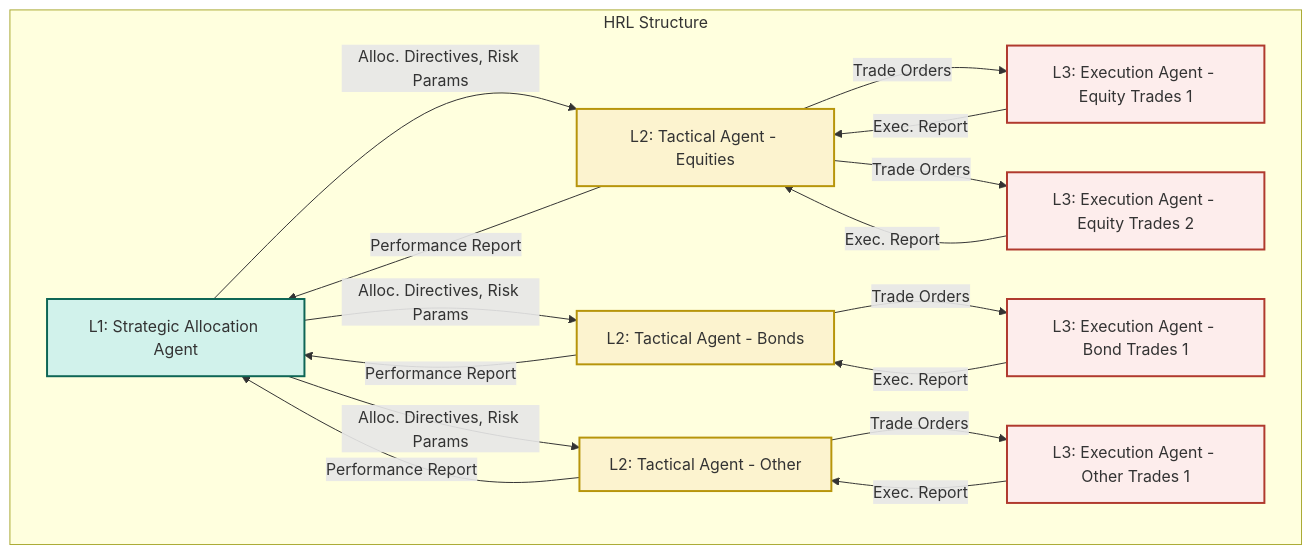
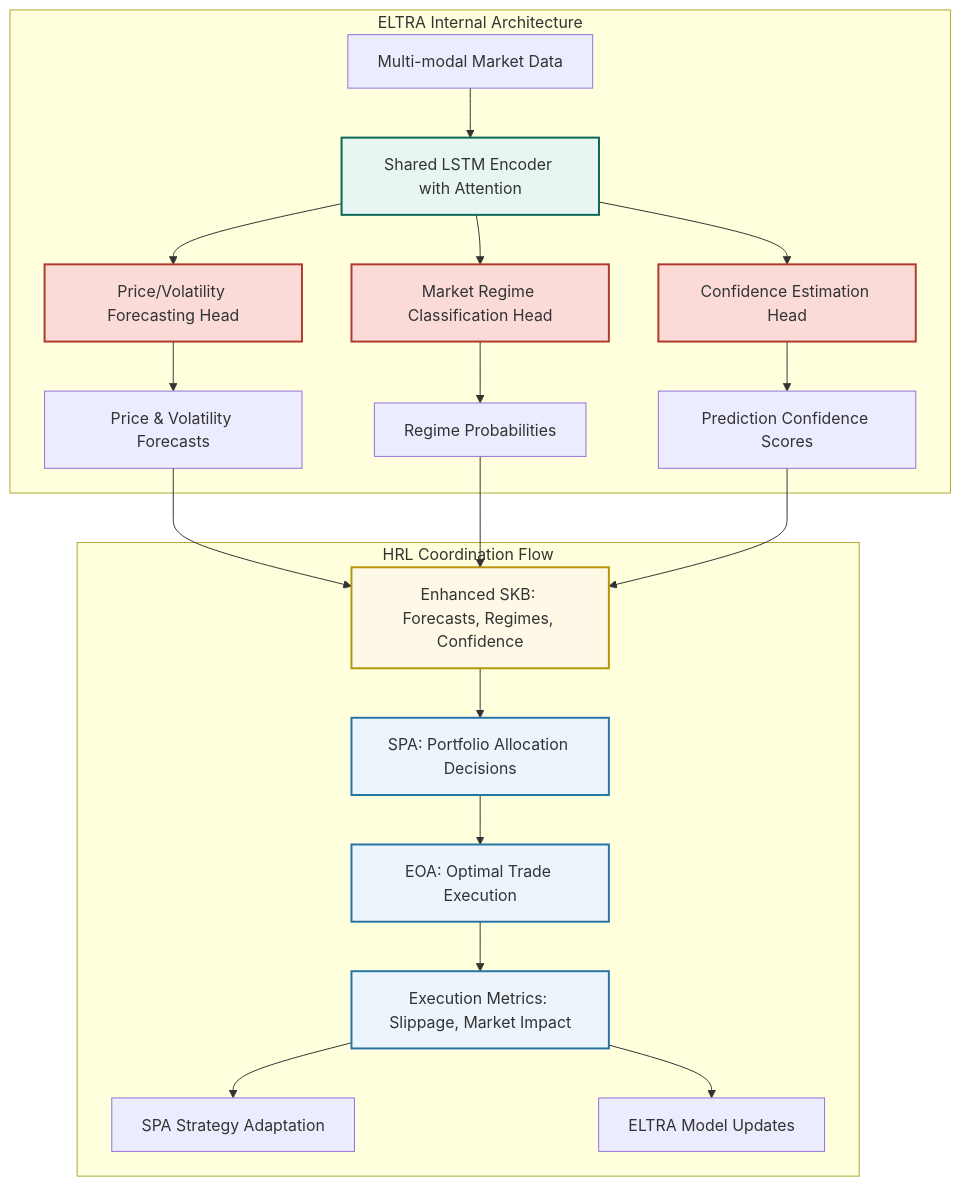
Before and after one commit to blackms/AlphaPulse: the second of 2 diagrams in paper.md, drawn with Mermaid. The commit also changed other lines of this file and 13 other files, not shown here.

First line of the commit message:
feat: comprehensive empirical validation and architecture simplification

````diff
--- a/paper.md
+++ b/paper.md
@@ -196,29 +156,35 @@
 ```mermaid
 graph TD
-    subgraph HRL Structure
-        SAA[L1: Strategic Allocation Agent]
-        -->|Alloc. Directives, Risk Params| TAA1[L2: Tactical Agent - Equities]
-        SAA -->|Alloc. Directives, Risk Params| TAA2[L2: Tactical Agent - Bonds]
-        SAA -->|Alloc. Directives, Risk Params| TAAn[L2: Tactical Agent - Other]
-
-        TAA1 -->|Trade Orders| EMA1_1[L3: Execution Agent - Equity Trades 1]
-        TAA1 -->|Trade Orders| EMA1_2[L3: Execution Agent - Equity Trades 2]
-        TAA2 -->|Trade Orders| EMA2_1[L3: Execution Agent - Bond Trades 1]
-        TAAn -->|Trade Orders| EMAn_1[L3: Execution Agent - Other Trades 1]
-
-        EMA1_1 -->|Exec. Report| TAA1
-        EMA1_2 -->|Exec. Report| TAA1
-        EMA2_1 -->|Exec. Report| TAA2
-        EMAn_1 -->|Exec. Report| TAAn
-
-        TAA1 -->|Performance Report| SAA
-        TAA2 -->|Performance Report| SAA
-        TAAn -->|Performance Report| SAA
+    subgraph ELTRA Internal Architecture
+        Input[Multi-modal Market Data] --> SharedEncoder[Shared LSTM Encoder with Attention]
+        SharedEncoder --> ForecastHead[Price/Volatility Forecasting Head]
+        SharedEncoder --> RegimeHead[Market Regime Classification Head]
+        SharedEncoder --> ConfidenceHead[Confidence Estimation Head]
+        
+        ForecastHead --> Output1[Price & Volatility Forecasts]
+        RegimeHead --> Output2[Regime Probabilities]
+        ConfidenceHead --> Output3[Prediction Confidence Scores]
     end
 
-    style SAA fill:#D1F2EB,stroke:#0E6655,stroke-width:2px;
-    classDef tactical fill:#FCF3CF,stroke:#B7950B,stroke-width:2px;
-    classDef execution fill:#FDEDEC,stroke:#B03A2E,stroke-width:2px;
-    class TAA1,TAA2,TAAn tactical;
-    class EMA1_1,EMA1_2,EMA2_1,EMAn_1 execution;
+    subgraph HRL Coordination Flow
+        SKB_Data[Enhanced SKB: Forecasts, Regimes, Confidence] 
+        --> SPA_Decision[SPA: Portfolio Allocation Decisions]
+        --> EOA_Execution[EOA: Optimal Trade Execution]
+        
+        EOA_Execution --> Performance[Execution Metrics: Slippage, Market Impact]
+        Performance --> SPA_Adaptation[SPA Strategy Adaptation]
+        Performance --> Model_Update[ELTRA Model Updates]
+    end
+
+    Output1 --> SKB_Data
+    Output2 --> SKB_Data
+    Output3 --> SKB_Data
+
+    style SharedEncoder fill:#E8F6F3,stroke:#0E6655,stroke-width:2px
+    style SKB_Data fill:#FEF9E7,stroke:#B7950B,stroke-width:2px
+    classDef heads fill:#FADBD8,stroke:#B03A2E,stroke-width:2px;
+    classDef coordination fill:#EBF5FB,stroke:#2874A6,stroke-width:2px;
+    
+    class ForecastHead,RegimeHead,ConfidenceHead heads;
+    class SPA_Decision,EOA_Execution,Performance coordination;
 ```
````
